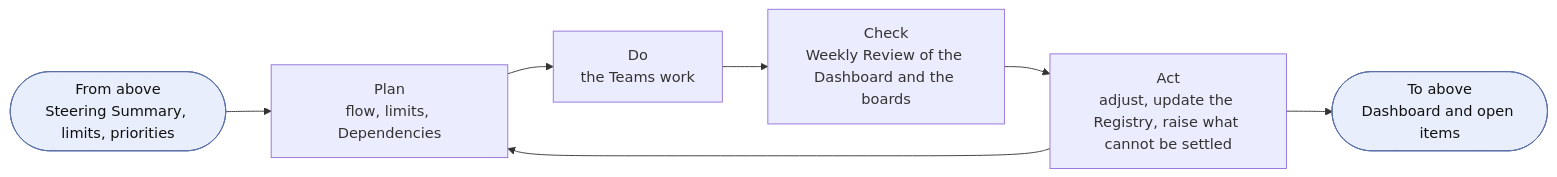
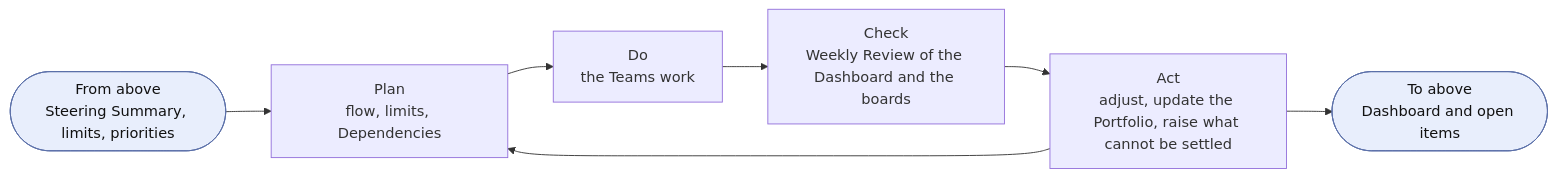
Before and after one commit to devhogu/ob-aicc: the fifth of 8 diagrams in charter/en/documents/operating-model.md, drawn with Mermaid. The commit also changed other lines of this file and 365 other files, not shown here.

````diff
--- a/charter/en/documents/operating-model.md
+++ b/charter/en/documents/operating-model.md
@@ -220,7 +220,7 @@
 ```mermaid
 flowchart LR
   IN(["From above<br/>Steering Summary, limits, priorities"]):::iface --> P
-  P["Plan<br/>flow, limits, Dependencies"] --> D["Do<br/>the Teams work"] --> C["Check<br/>Weekly Review of the Dashboard and the boards"] --> A["Act<br/>adjust, update the Registry, raise what cannot be settled"] --> P
+  P["Plan<br/>flow, limits, Dependencies"] --> D["Do<br/>the Teams work"] --> C["Check<br/>Weekly Review of the Dashboard and the boards"] --> A["Act<br/>adjust, update the Portfolio, raise what cannot be settled"] --> P
   A --> UP(["To above<br/>Dashboard and open items"]):::iface
   classDef iface fill:#e8eefc,stroke:#5a6fa8,color:#111
 ```
````
